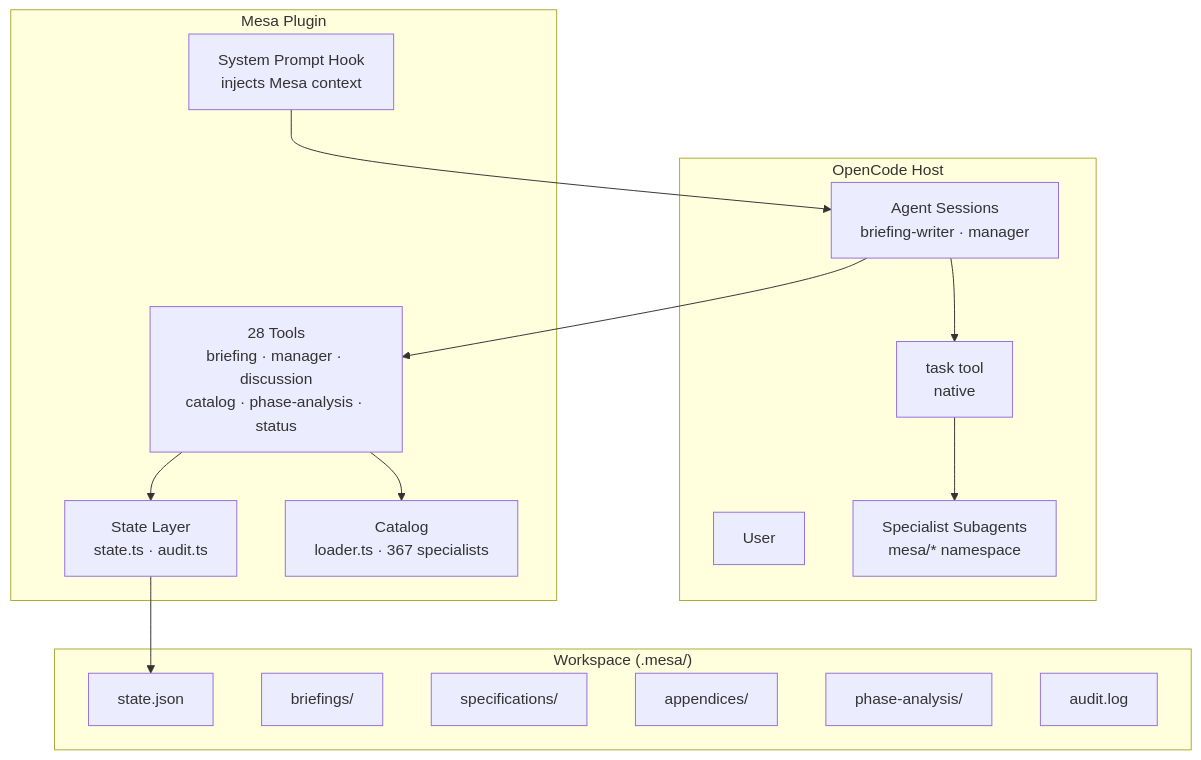
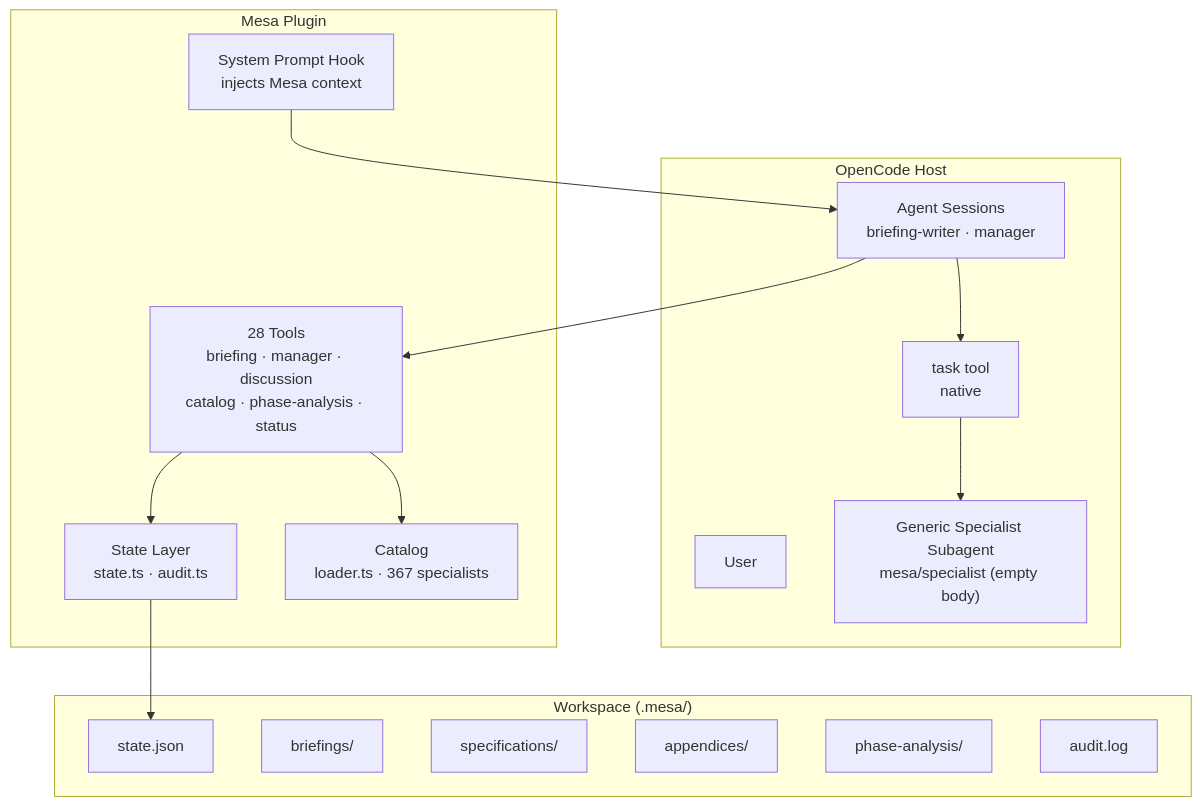
The first of 4 diagrams in docs/architecture.md (hacklabr/opencode-mesa), drawn with Mermaid before and after one commit. The commit also changed 13 other files, not shown here.

First line of the commit message:
feat: replace per-persona subagents with generic mesa/specialist and prompt injection

````diff
--- a/docs/architecture.md
+++ b/docs/architecture.md
@@ -7,31 +7,31 @@
 ```mermaid
 graph TB
     subgraph "OpenCode Host"
         User[User]
         Agents[Agent Sessions\nbriefing-writer · manager]
         TaskTool[task tool\nnative]
-        SubAgents["Specialist Subagents\nmesa/* namespace"]
+        SubAgents["Generic Specialist Subagent\nmesa/specialist (empty body)"]
     end
 
     subgraph "Mesa Plugin"
         Tools["28 Tools\nbriefing · manager · discussion\ncatalog · phase-analysis · status"]
         State["State Layer\nstate.ts · audit.ts"]
         Catalog["Catalog\nloader.ts · 367 specialists"]
         Hook["System Prompt Hook\ninjects Mesa context"]
     end
 
     subgraph "Workspace (.mesa/)"
         StateFile[state.json]
         Briefings[briefings/]
         Specs[specifications/]
         Appendices[appendices/]
         PhaseDrafts[phase-analysis/]
         AuditFile[audit.log]
     end
 
     Tools --> State --> StateFile
     Tools --> Catalog
     Hook --> Agents
     Agents --> Tools
     Agents --> TaskTool --> SubAgents
 ```
````
